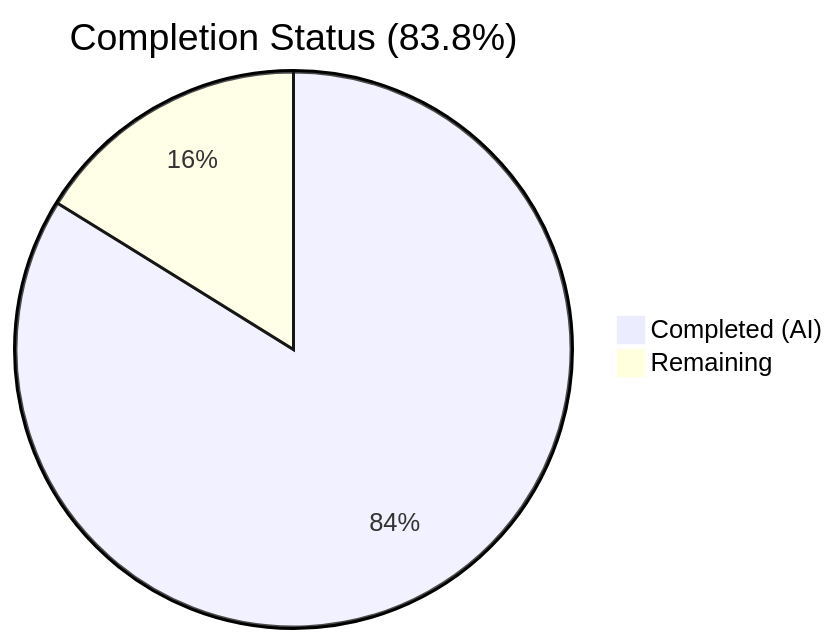
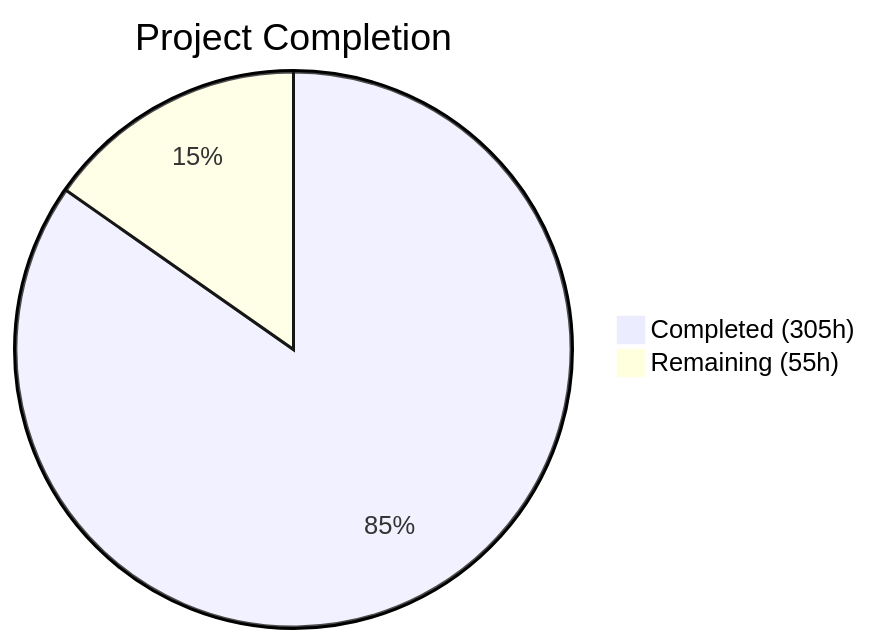
Before and after one commit to Blitzy-Sandbox/blitzy-cal: the first of 2 diagrams in blitzy/documentation/Project Guide.md, drawn with Mermaid. The commit also changed other lines of this file, not shown here.

Commit message:
Adding Blitzy Project Guide: Project Status and Human Tasks Remaining

````diff
--- a/blitzy/documentation/Project Guide.md
+++ b/blitzy/documentation/Project Guide.md
@@ -20,5 +13,5 @@
 ```mermaid
-pie title Completion Status (83.8%)
-    "Completed (AI)" : 166
-    "Remaining" : 32
+pie title Project Completion
+    "Completed (305h)" : 305
+    "Remaining (55h)" : 55
 ```
````
